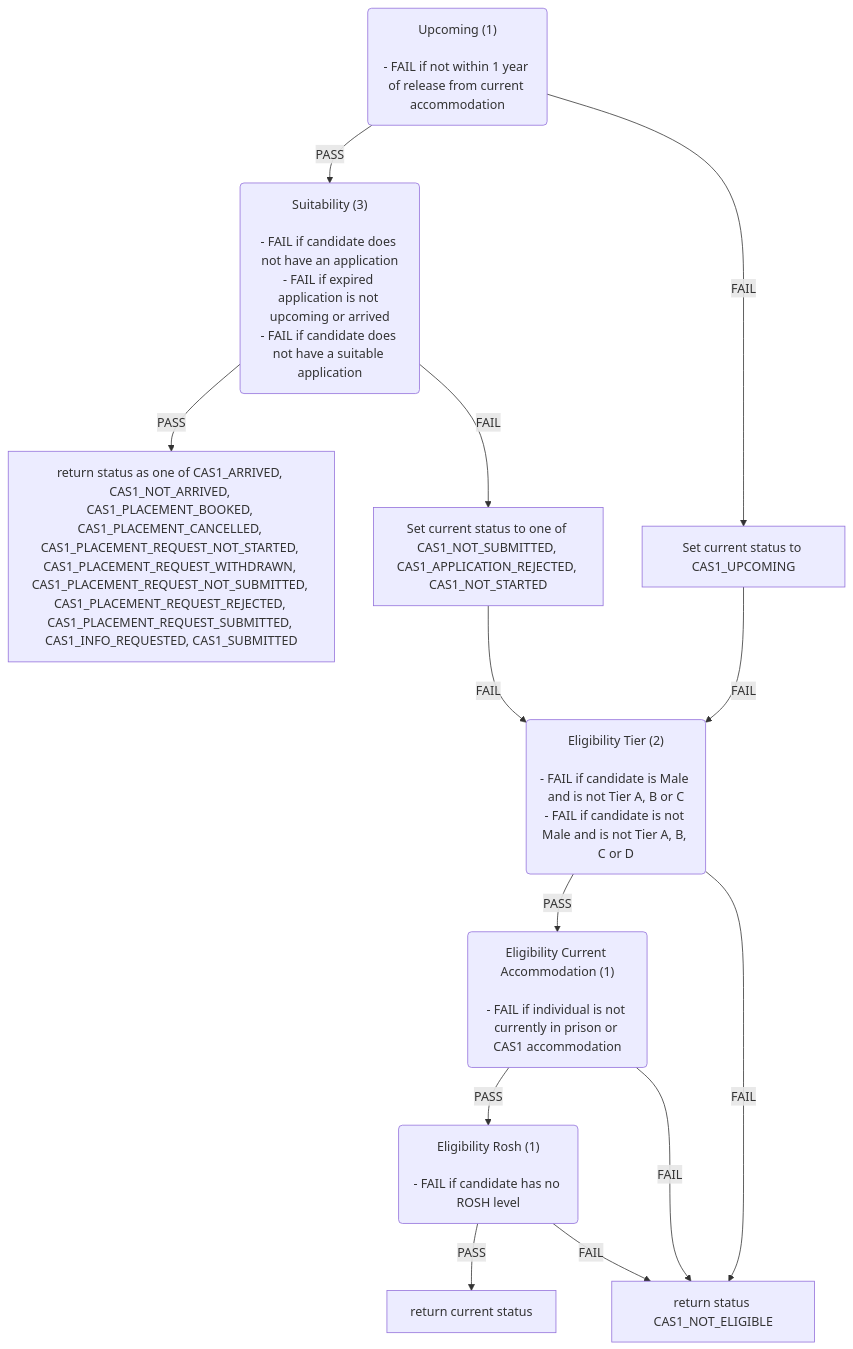
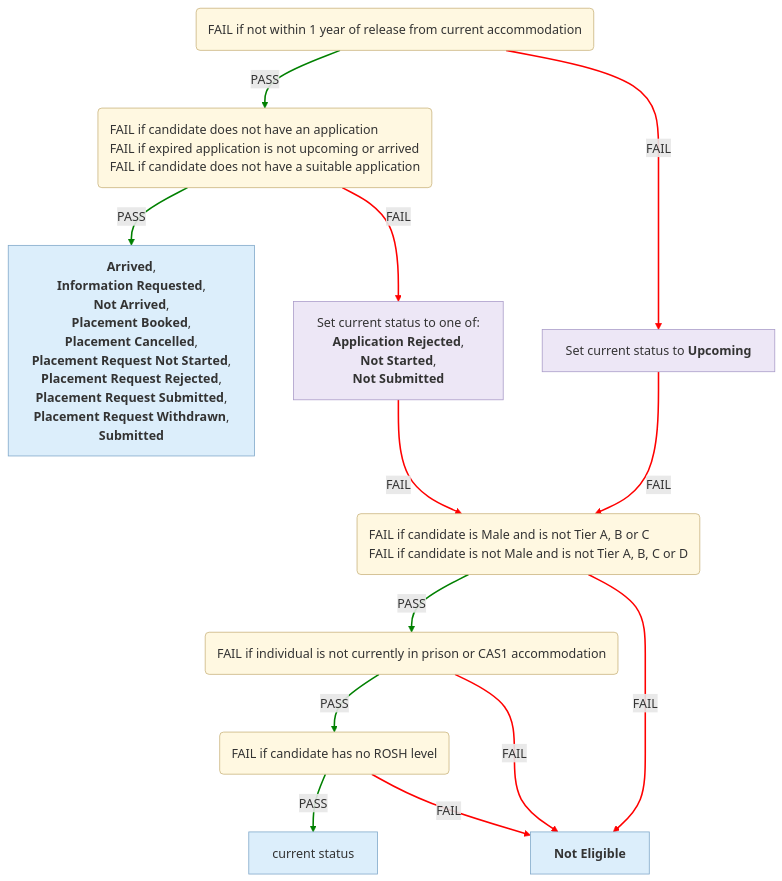
Before and after one commit to ministryofjustice/hmpps-single-accommodation-service-api: the first of 6 diagrams in docs/eligibility-rules-graph.md, drawn with Mermaid. The commit also changed other lines of this file and 20 other files, not shown here.

Commit message:
chore/SAS-1532-Use-UI-statuses-in-graph-instead-of-enums

````diff
--- a/docs/eligibility-rules-graph.md
+++ b/docs/eligibility-rules-graph.md
@@ -9,38 +9,49 @@
 ```mermaid
+%%{init: {"flowchart": {"wrappingWidth": 800}}}%%
 flowchart TD
-  Upcoming("Upcoming (1)
-
-- FAIL if not within 1 year of release from current accommodation")
-  Suitability("Suitability (3)
-
-- FAIL if candidate does not have an application
-- FAIL if expired application is not upcoming or arrived
-- FAIL if candidate does not have a suitable application")
-  return_status_as_one_of_CAS1_ARRIVED__CAS1_NOT_ARRIVED__CAS1_PLACEMENT_BOOKED__CAS1_PLACEMENT_CANCELLED__CAS1_PLACEMENT_REQUEST_NOT_STARTED__CAS1_PLACEMENT_REQUEST_WITHDRAWN__CAS1_PLACEMENT_REQUEST_NOT_SUBMITTED__CAS1_PLACEMENT_REQUEST_REJECTED__CAS1_PLACEMENT_REQUEST_SUBMITTED__CAS1_INFO_REQUESTED__CAS1_SUBMITTED["return status as one of CAS1_ARRIVED, CAS1_NOT_ARRIVED, CAS1_PLACEMENT_BOOKED, CAS1_PLACEMENT_CANCELLED, CAS1_PLACEMENT_REQUEST_NOT_STARTED, CAS1_PLACEMENT_REQUEST_WITHDRAWN, CAS1_PLACEMENT_REQUEST_NOT_SUBMITTED, CAS1_PLACEMENT_REQUEST_REJECTED, CAS1_PLACEMENT_REQUEST_SUBMITTED, CAS1_INFO_REQUESTED, CAS1_SUBMITTED"]
-  Set_current_status_to_one_of_CAS1_NOT_SUBMITTED__CAS1_APPLICATION_REJECTED__CAS1_NOT_STARTED["Set current status to one of CAS1_NOT_SUBMITTED, CAS1_APPLICATION_REJECTED, CAS1_NOT_STARTED"]
-  Eligibility_Tier("Eligibility Tier (2)
-
-- FAIL if candidate is Male and is not Tier A, B or C
-- FAIL if candidate is not Male and is not Tier A, B, C or D")
-  Eligibility_Current_Accommodation("Eligibility Current Accommodation (1)
-
-- FAIL if individual is not currently in prison or CAS1 accommodation")
-  Eligibility_Rosh("Eligibility Rosh (1)
-
-- FAIL if candidate has no ROSH level")
-  return_current_status["return current status"]
-  return_status_CAS1_NOT_ELIGIBLE["return status CAS1_NOT_ELIGIBLE"]
-  Set_current_status_to_CAS1_UPCOMING["Set current status to CAS1_UPCOMING"]
-  Suitability -->|PASS| return_status_as_one_of_CAS1_ARRIVED__CAS1_NOT_ARRIVED__CAS1_PLACEMENT_BOOKED__CAS1_PLACEMENT_CANCELLED__CAS1_PLACEMENT_REQUEST_NOT_STARTED__CAS1_PLACEMENT_REQUEST_WITHDRAWN__CAS1_PLACEMENT_REQUEST_NOT_SUBMITTED__CAS1_PLACEMENT_REQUEST_REJECTED__CAS1_PLACEMENT_REQUEST_SUBMITTED__CAS1_INFO_REQUESTED__CAS1_SUBMITTED
-  Suitability -->|FAIL| Set_current_status_to_one_of_CAS1_NOT_SUBMITTED__CAS1_APPLICATION_REJECTED__CAS1_NOT_STARTED
-  Eligibility_Rosh -->|PASS| return_current_status
-  Eligibility_Rosh -->|FAIL| return_status_CAS1_NOT_ELIGIBLE
+  Upcoming("<div style='text-align:left'>FAIL if not within 1 year of release from current accommodation</div>")
+  Suitability("<div style='text-align:left'>FAIL if candidate does not have an application
+FAIL if expired application is not upcoming or arrived
+FAIL if candidate does not have a suitable application</div>")
+  outcome_Cas1CompletionContextUpdater["<b>Arrived</b>,
+ <b>Information Requested</b>,
+ <b>Not Arrived</b>,
+ <b>Placement Booked</b>,
+ <b>Placement Cancelled</b>,
+ <b>Placement Request Not Started</b>,
+ <b>Placement Request Rejected</b>,
+ <b>Placement Request Submitted</b>,
+ <b>Placement Request Withdrawn</b>,
+ <b>Submitted</b>"]
+  updater_Cas1SuitabilityContextUpdater["Set current status to one of:
+<b>Application Rejected</b>,
+ <b>Not Started</b>,
+ <b>Not Submitted</b>"]
+  Eligibility_Tier("<div style='text-align:left'>FAIL if candidate is Male and is not Tier A, B or C
+FAIL if candidate is not Male and is not Tier A, B, C or D</div>")
+  Eligibility_Current_Accommodation("<div style='text-align:left'>FAIL if individual is not currently in prison or CAS1 accommodation</div>")
+  Eligibility_Rosh("<div style='text-align:left'>FAIL if candidate has no ROSH level</div>")
+  confirmed["current status"]
+  CAS1_NOT_ELIGIBLE["<b>Not Eligible</b>"]
+  updater_Cas1UpcomingContextUpdater["Set current status to <b>Upcoming</b>"]
+  Suitability -->|PASS| outcome_Cas1CompletionContextUpdater
+  Suitability -->|FAIL| updater_Cas1SuitabilityContextUpdater
+  Eligibility_Rosh -->|PASS| confirmed
+  Eligibility_Rosh -->|FAIL| CAS1_NOT_ELIGIBLE
   Eligibility_Current_Accommodation -->|PASS| Eligibility_Rosh
-  Eligibility_Current_Accommodation -->|FAIL| return_status_CAS1_NOT_ELIGIBLE
+  Eligibility_Current_Accommodation -->|FAIL| CAS1_NOT_ELIGIBLE
   Eligibility_Tier -->|PASS| Eligibility_Current_Accommodation
-  Eligibility_Tier -->|FAIL| return_status_CAS1_NOT_ELIGIBLE
-  Set_current_status_to_one_of_CAS1_NOT_SUBMITTED__CAS1_APPLICATION_REJECTED__CAS1_NOT_STARTED -->|FAIL| Eligibility_Tier
+  Eligibility_Tier -->|FAIL| CAS1_NOT_ELIGIBLE
+  updater_Cas1SuitabilityContextUpdater -->|FAIL| Eligibility_Tier
   Upcoming -->|PASS| Suitability
-  Upcoming -->|FAIL| Set_current_status_to_CAS1_UPCOMING
-  Set_current_status_to_CAS1_UPCOMING -->|FAIL| Eligibility_Tier
+  Upcoming -->|FAIL| updater_Cas1UpcomingContextUpdater
+  updater_Cas1UpcomingContextUpdater -->|FAIL| Eligibility_Tier
+  linkStyle 0,2,4,6,9 stroke:green,stroke-width:2px
+  linkStyle 1,3,5,7,8,10,11 stroke:red,stroke-width:2px
+  classDef ruleSetNode fill:#FFF8E1,stroke:#C9B37E,color:#333
+  classDef outcomeNode fill:#DCEEFB,stroke:#7FA7C9,color:#333
+  classDef updaterNode fill:#EDE7F6,stroke:#A99BC9,color:#333
+  class Upcoming,Suitability,Eligibility_Tier,Eligibility_Current_Accommodation,Eligibility_Rosh ruleSetNode
+  class outcome_Cas1CompletionContextUpdater,confirmed,CAS1_NOT_ELIGIBLE outcomeNode
+  class updater_Cas1SuitabilityContextUpdater,updater_Cas1UpcomingContextUpdater updaterNode
 ```
````
